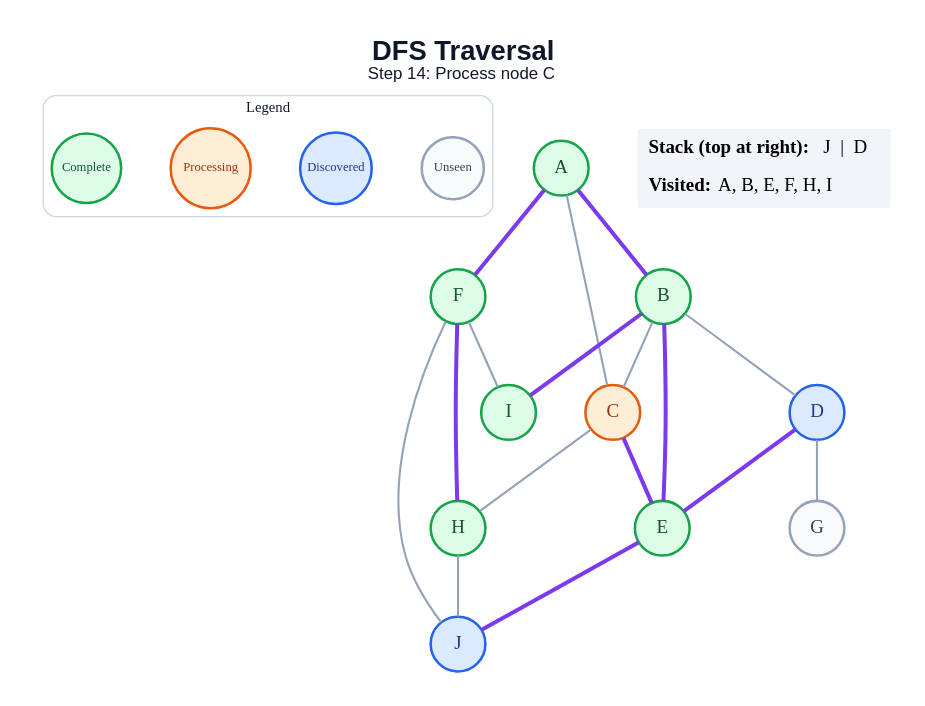
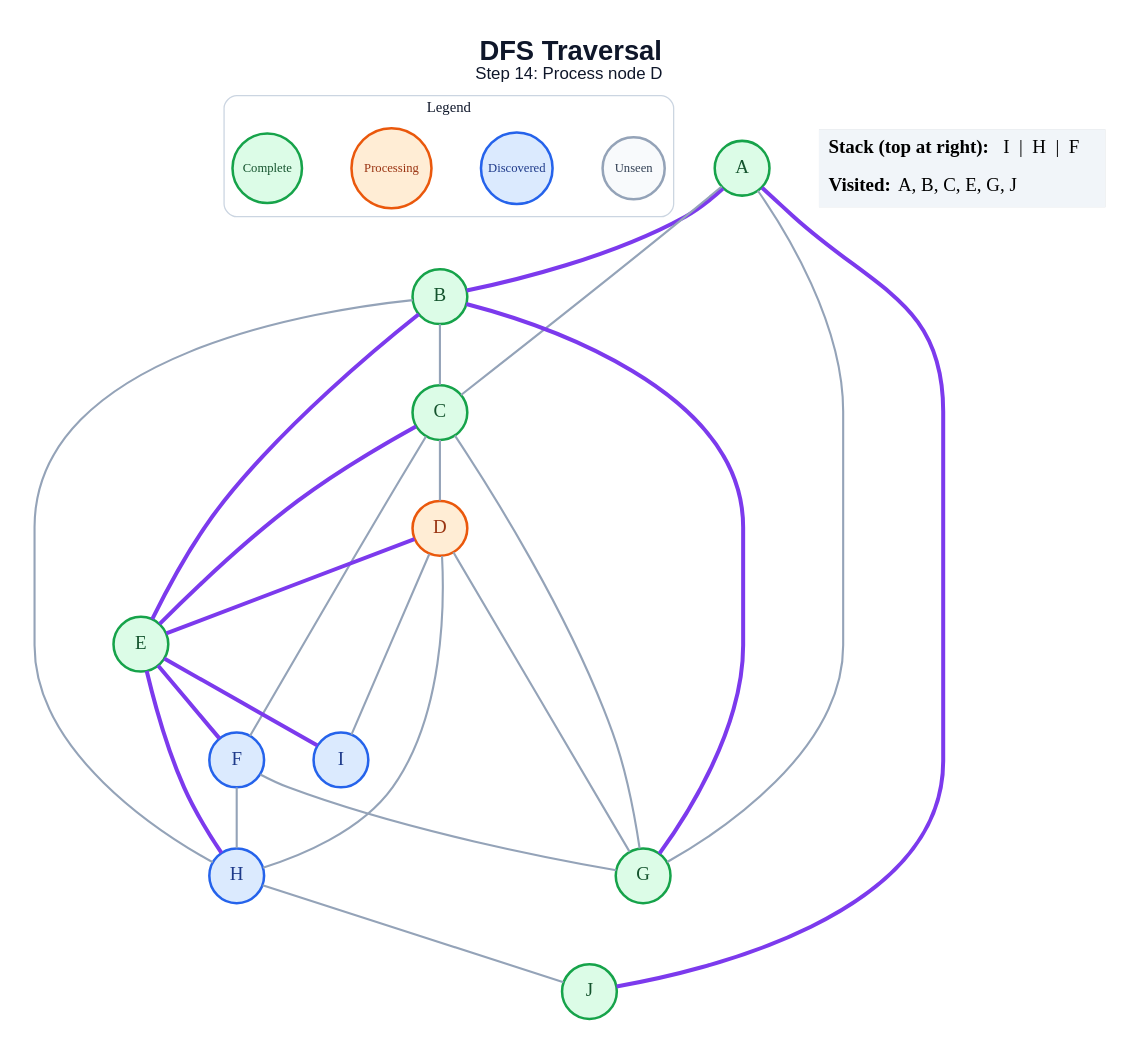
The diagram in generated/specific-node/dfs/step_14.dot (anon7238593-create/ai-slop), drawn with Graphviz before and after one commit. The commit also changed 171 other files, not shown here.

```diff
--- a/generated/specific-node/dfs/step_14.dot
+++ b/generated/specific-node/dfs/step_14.dot
@@ -1,45 +1,51 @@
 graph traversal {
   graph [layout=dot, rankdir=TB, bgcolor="#FFFFFF", pad="0.35", nodesep="0.65", ranksep="0.8", fontname="Arial"];
   node [shape=circle, style="filled", fontname="Arial Bold", fontsize=18, width=0.72, fixedsize=true, penwidth=2.4];
   edge [color="#94A3B8", penwidth=2.0];
-  label=<<B>DFS Traversal</B><BR/><FONT POINT-SIZE="16">Step 14: Process node C</FONT>>; labelloc="t"; fontsize=26; fontname="Arial"; fontcolor="#0F172A";
+  label=<<B>DFS Traversal</B><BR/><FONT POINT-SIZE="16">Step 14: Process node D</FONT>>; labelloc="t"; fontsize=26; fontname="Arial"; fontcolor="#0F172A";
   subgraph cluster_legend { label="Legend"; color="#CBD5E1"; penwidth=1.2; style="rounded"; fontsize=14; fontname="Arial Bold";
     key_unseen [label="Unseen", fillcolor="#F8FAFC", color="#94A3B8", fontcolor="#334155", fontsize=12, width=0.82];
     key_frontier [label="Discovered", fillcolor="#DBEAFE", color="#2563EB", fontcolor="#1E3A8A", fontsize=12, width=0.95];
     key_current [label="Processing", fillcolor="#FFEDD5", color="#EA580C", fontcolor="#9A3412", fontsize=12, width=1.05];
     key_done [label="Complete", fillcolor="#DCFCE7", color="#16A34A", fontcolor="#14532D", fontsize=12, width=0.92];
     { rank=same; key_unseen; key_frontier; key_current; key_done; }
   }
   A [fillcolor="#DCFCE7", color="#16A34A", fontcolor="#14532D"];
   B [fillcolor="#DCFCE7", color="#16A34A", fontcolor="#14532D"];
-  C [fillcolor="#FFEDD5", color="#EA580C", fontcolor="#9A3412"];
-  D [fillcolor="#DBEAFE", color="#2563EB", fontcolor="#1E3A8A"];
+  C [fillcolor="#DCFCE7", color="#16A34A", fontcolor="#14532D"];
+  D [fillcolor="#FFEDD5", color="#EA580C", fontcolor="#9A3412"];
   E [fillcolor="#DCFCE7", color="#16A34A", fontcolor="#14532D"];
-  F [fillcolor="#DCFCE7", color="#16A34A", fontcolor="#14532D"];
-  G [fillcolor="#F8FAFC", color="#94A3B8", fontcolor="#334155"];
-  H [fillcolor="#DCFCE7", color="#16A34A", fontcolor="#14532D"];
-  I [fillcolor="#DCFCE7", color="#16A34A", fontcolor="#14532D"];
-  J [fillcolor="#DBEAFE", color="#2563EB", fontcolor="#1E3A8A"];
+  F [fillcolor="#DBEAFE", color="#2563EB", fontcolor="#1E3A8A"];
+  G [fillcolor="#DCFCE7", color="#16A34A", fontcolor="#14532D"];
+  H [fillcolor="#DBEAFE", color="#2563EB", fontcolor="#1E3A8A"];
+  I [fillcolor="#DBEAFE", color="#2563EB", fontcolor="#1E3A8A"];
+  J [fillcolor="#DCFCE7", color="#16A34A", fontcolor="#14532D"];
   A -- B [color="#7C3AED", penwidth=3.8];
   A -- C;
-  A -- F [color="#7C3AED", penwidth=3.8];
+  A -- G;
+  A -- J [color="#7C3AED", penwidth=3.8];
   B -- C;
-  B -- D;
   B -- E [color="#7C3AED", penwidth=3.8];
-  B -- I [color="#7C3AED", penwidth=3.8];
+  B -- G [color="#7C3AED", penwidth=3.8];
+  B -- H;
+  C -- D;
   C -- E [color="#7C3AED", penwidth=3.8];
-  C -- H;
+  C -- F;
+  C -- G;
   D -- E [color="#7C3AED", penwidth=3.8];
   D -- G;
-  E -- J [color="#7C3AED", penwidth=3.8];
-  F -- H [color="#7C3AED", penwidth=3.8];
-  F -- I;
-  F -- J;
+  D -- H;
+  D -- I;
+  E -- F [color="#7C3AED", penwidth=3.8];
+  E -- H [color="#7C3AED", penwidth=3.8];
+  E -- I [color="#7C3AED", penwidth=3.8];
+  F -- G;
+  F -- H;
   H -- J;
   status [shape=plain, fixedsize=false, width=0, height=0, margin=0, label=<
     <TABLE BORDER="0" CELLBORDER="0" CELLPADDING="7" BGCOLOR="#F1F5F9">
-      <TR><TD ALIGN="LEFT"><B>Stack (top at right):</B> J  |  D</TD></TR>
-      <TR><TD ALIGN="LEFT"><B>Visited:</B> A, B, E, F, H, I</TD></TR>
+      <TR><TD ALIGN="LEFT"><B>Stack (top at right):</B> I  |  H  |  F</TD></TR>
+      <TR><TD ALIGN="LEFT"><B>Visited:</B> A, B, C, E, G, J</TD></TR>
     </TABLE>
   >];
 }
```
